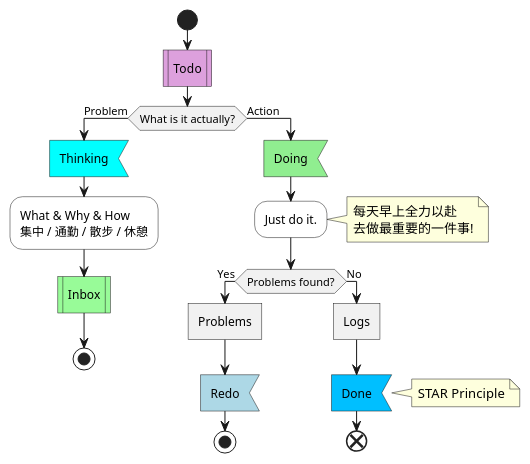
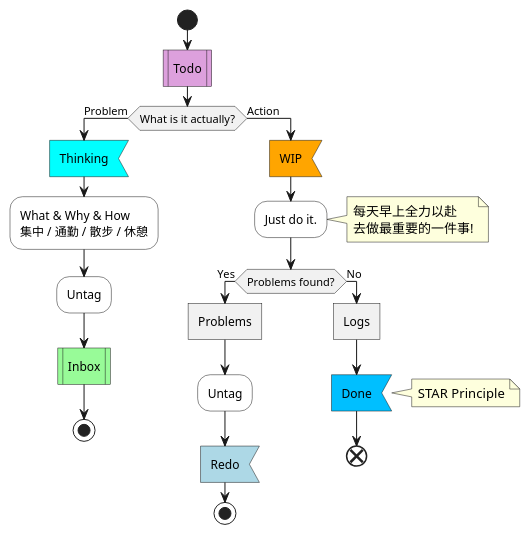
Before and after one commit to IceHe/icehe-lib: the second of 3 diagrams in snips/principles/gtd-concise.md, drawn with PlantUML. The commit also changed other lines of this file and 1 other file, not shown here.

````diff
--- a/snips/principles/gtd-concise.md
+++ b/snips/principles/gtd-concise.md
@@ -304,27 +54,29 @@
 ```plantuml
 @startuml
 start
 #plum:Todo|
 if (What is it actually?) then (Problem)
     #aqua:Thinking<
     #white:What & Why & How\n集中 / 通勤 / 散步 / 休憩;
     'note right : What & Why & How
+    #white:Untag;
     #paleGreen:Inbox|
     stop
 else (Action)
-    #lightGreen:Doing<
+    #orange:WIP<
     #white:Just do it.;
     note right : 每天早上全力以赴\n去做最重要的一件事!
     if (Problems found?) then (Yes)
         :Problems]
+        #white:Untag;
         #lightBlue:Redo<
         stop
     else (No)
         :Logs]
         #deepSkyBlue:Done<
         note right : STAR Principle
         end
     endif
 endif
 @enduml
 ```
````
